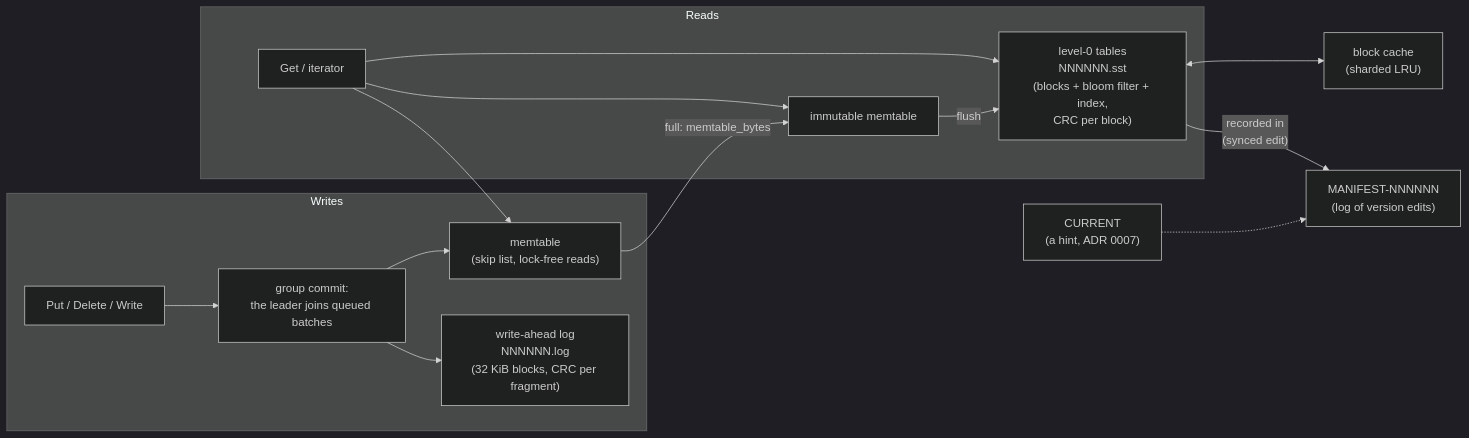
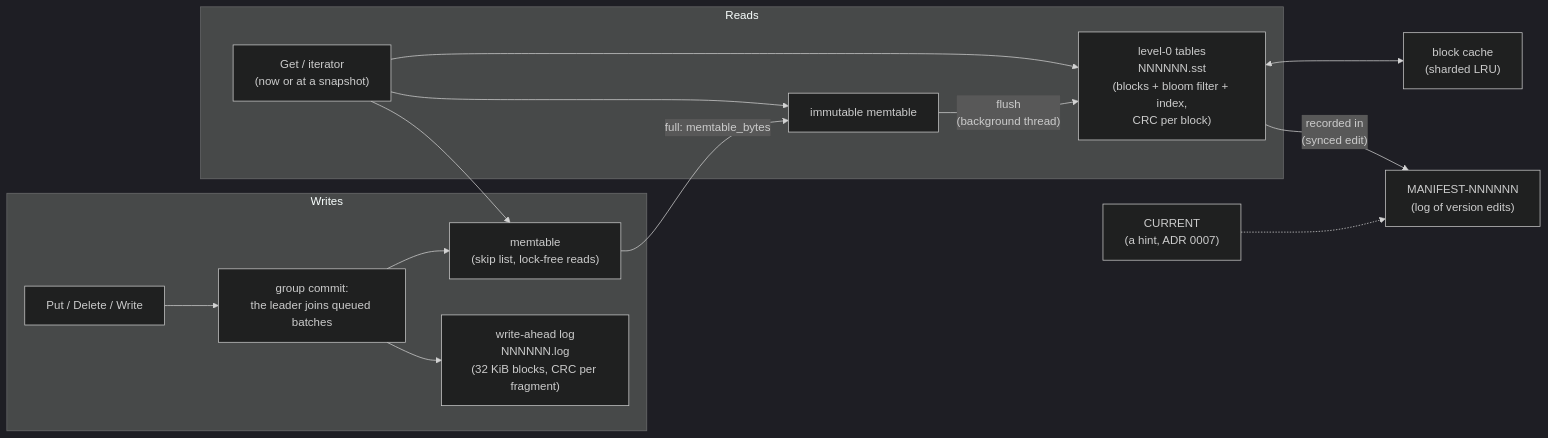
The diagram in README.md (YanalSerhan/ForgeDB), drawn with Mermaid (dark theme) before and after one commit. The commit also changed other lines of this file and 25 other files, not shown here.

First line of the commit message:
Phase 4.1-4.2: snapshots (GetSnapshot, ReadOptions::snapshot, live-file tracking) and a background flush thread (stalls, shutdown, synchronous-flush test hook)

````diff
--- a/README.md
+++ b/README.md
@@ -29,18 +34,18 @@
 ```mermaid
 flowchart LR
   subgraph Writes
     W["Put / Delete / Write"] --> GC["group commit:<br/>the leader joins queued batches"]
     GC --> LOG["write-ahead log<br/>NNNNNN.log<br/>(32 KiB blocks, CRC per fragment)"]
     GC --> MEM["memtable<br/>(skip list, lock-free reads)"]
   end
   MEM -- "full: memtable_bytes" --> IMM["immutable memtable"]
-  IMM -- "flush" --> SST["level-0 tables<br/>NNNNNN.sst<br/>(blocks + bloom filter + index,<br/>CRC per block)"]
+  IMM -- "flush<br/>(background thread)" --> SST["level-0 tables<br/>NNNNNN.sst<br/>(blocks + bloom filter + index,<br/>CRC per block)"]
   SST -- "recorded in<br/>(synced edit)" --> MAN["MANIFEST-NNNNNN<br/>(log of version edits)"]
   CUR["CURRENT<br/>(a hint, ADR 0007)"] -.-> MAN
   subgraph Reads
-    R["Get / iterator"] --> MEM
+    R["Get / iterator<br/>(now or at a snapshot)"] --> MEM
     R --> IMM
     R --> SST
   end
   SST <--> BC["block cache<br/>(sharded LRU)"]
 ```
````
